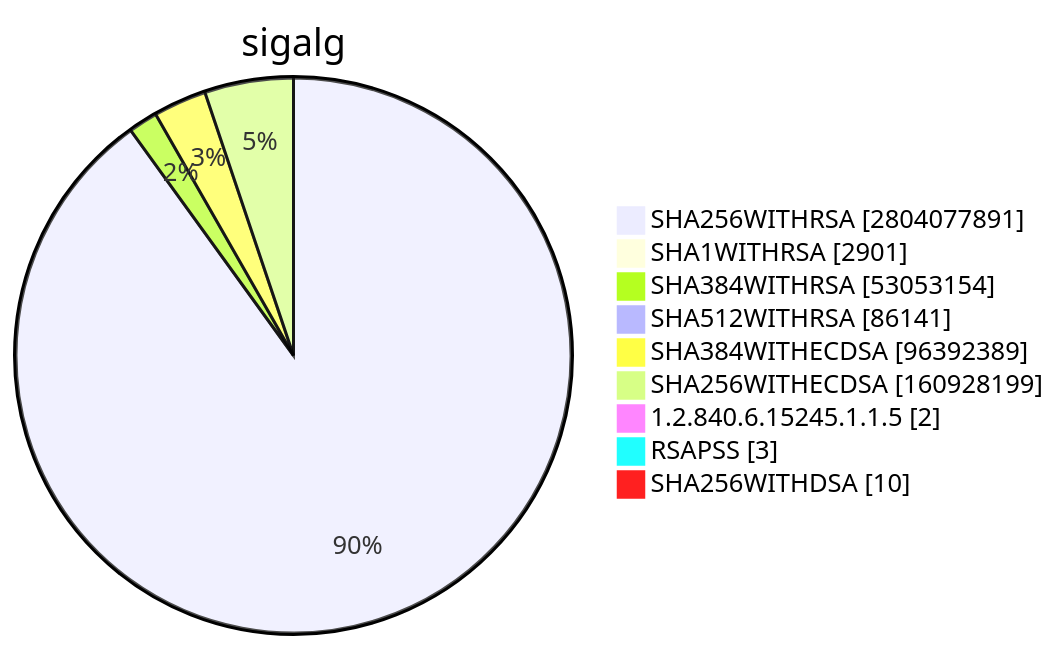
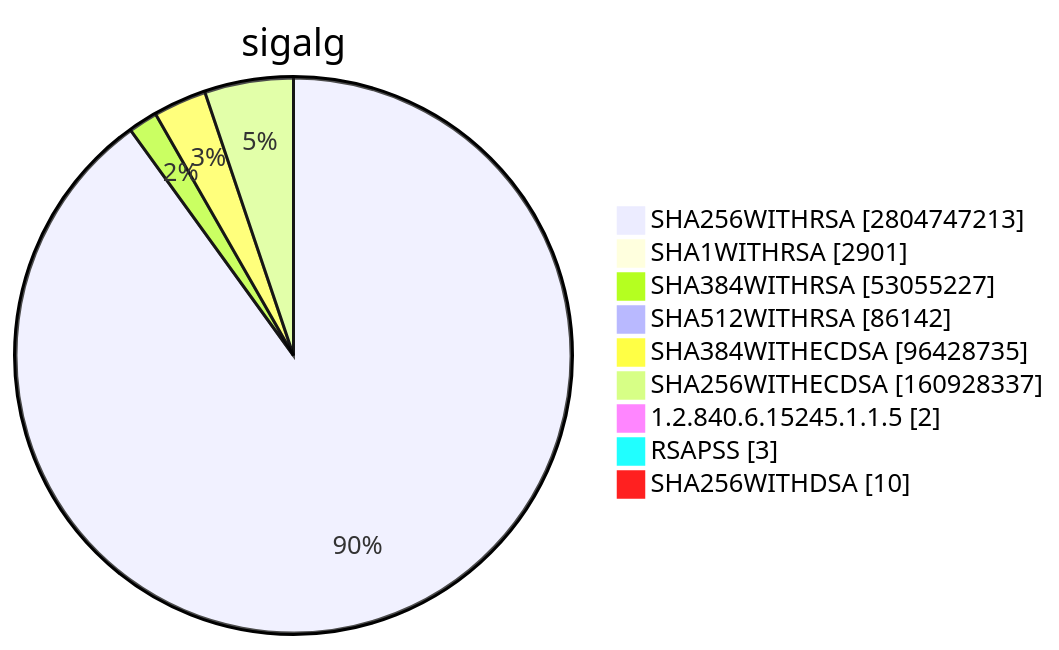
One commit to christiankrug/ctmonitor_visualization changed diagram 15 of 15 in TOTAL/README.md. Above: the diagram before and after it, drawn with Mermaid. The commit also changed other lines of this file, not shown here.

````diff
--- a/TOTAL/README.md
+++ b/TOTAL/README.md
@@ -6207,13 +6207,13 @@
 ```mermaid
 pie showData
 title sigalg
-"SHA256WITHRSA" :2804077891
+"SHA256WITHRSA" :2804747213
 "SHA1WITHRSA" :2901
-"SHA384WITHRSA" :53053154
-"SHA512WITHRSA" :86141
-"SHA384WITHECDSA" :96392389
-"SHA256WITHECDSA" :160928199
+"SHA384WITHRSA" :53055227
+"SHA512WITHRSA" :86142
+"SHA384WITHECDSA" :96428735
+"SHA256WITHECDSA" :160928337
 "1.2.840.6.15245.1.1.5" :2
 "RSAPSS" :3
 "SHA256WITHDSA" :10
 ```
````
